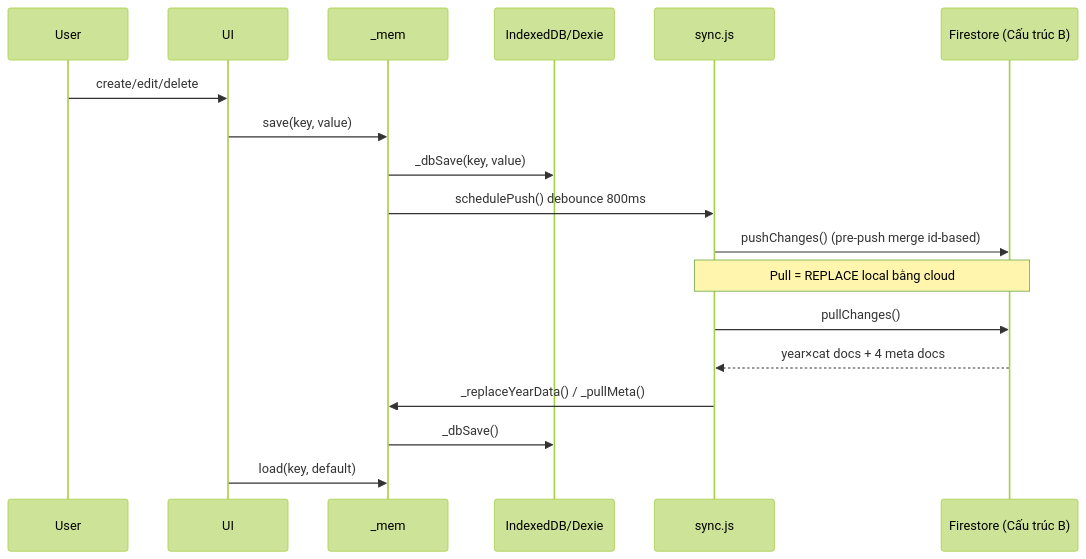
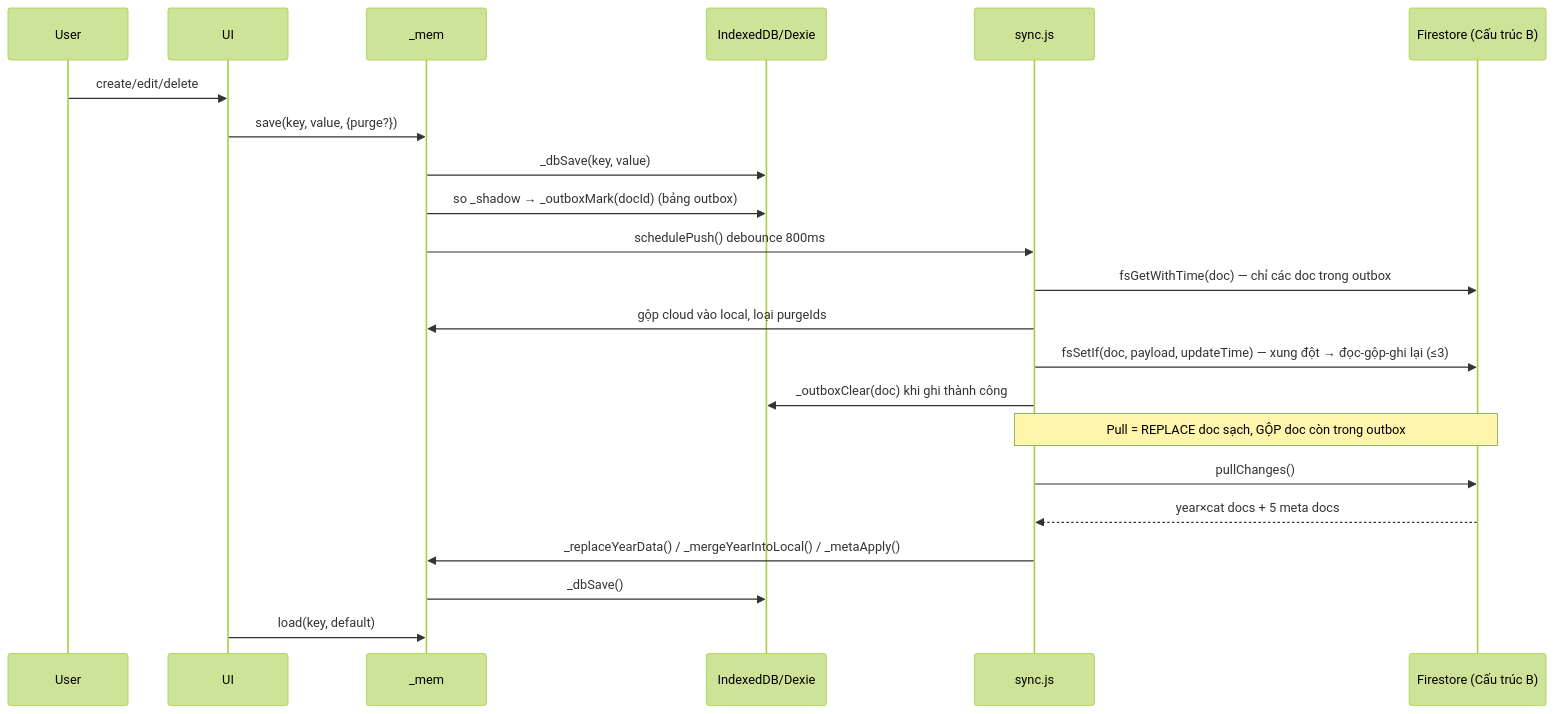
One commit to d3en1992/Quan-Ly-Chi-Phi-Main-V1 changed the second of 2 diagrams in AI_CONTEXT.md. Above: the diagram before and after it, drawn with Mermaid (forest theme). The commit also changed other lines of this file and 4 other files, not shown here.

````diff
--- a/AI_CONTEXT.md
+++ b/AI_CONTEXT.md
@@ -250,21 +257,25 @@
 ```mermaid
 sequenceDiagram
   participant User
   participant UI
   participant Mem as _mem
   participant IDB as IndexedDB/Dexie
   participant Sync as sync.js
   participant Cloud as Firestore (Cấu trúc B)
 
   User->>UI: create/edit/delete
-  UI->>Mem: save(key, value)
+  UI->>Mem: save(key, value, {purge?})
   Mem->>IDB: _dbSave(key, value)
+  Mem->>IDB: so _shadow → _outboxMark(docId) (bảng outbox)
   Mem->>Sync: schedulePush() debounce 800ms
-  Sync->>Cloud: pushChanges() (pre-push merge id-based)
-  Note over Sync,Cloud: Pull = REPLACE local bằng cloud
+  Sync->>Cloud: fsGetWithTime(doc) — chỉ các doc trong outbox
+  Sync->>Mem: gộp cloud vào local, loại purgeIds
+  Sync->>Cloud: fsSetIf(doc, payload, updateTime) — xung đột → đọc-gộp-ghi lại (≤3)
+  Sync->>IDB: _outboxClear(doc) khi ghi thành công
+  Note over Sync,Cloud: Pull = REPLACE doc sạch, GỘP doc còn trong outbox
   Sync->>Cloud: pullChanges()
-  Cloud-->>Sync: year×cat docs + 4 meta docs
-  Sync->>Mem: _replaceYearData() / _pullMeta()
+  Cloud-->>Sync: year×cat docs + 5 meta docs
+  Sync->>Mem: _replaceYearData() / _mergeYearIntoLocal() / _metaApply()
   Mem->>IDB: _dbSave()
   UI->>Mem: load(key, default)
 ```
````
